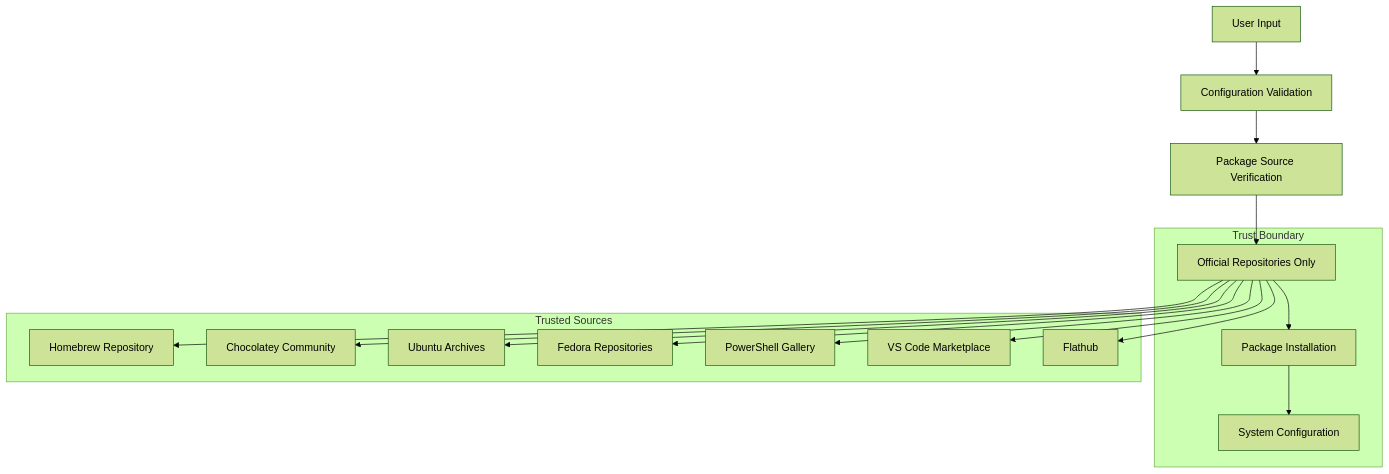
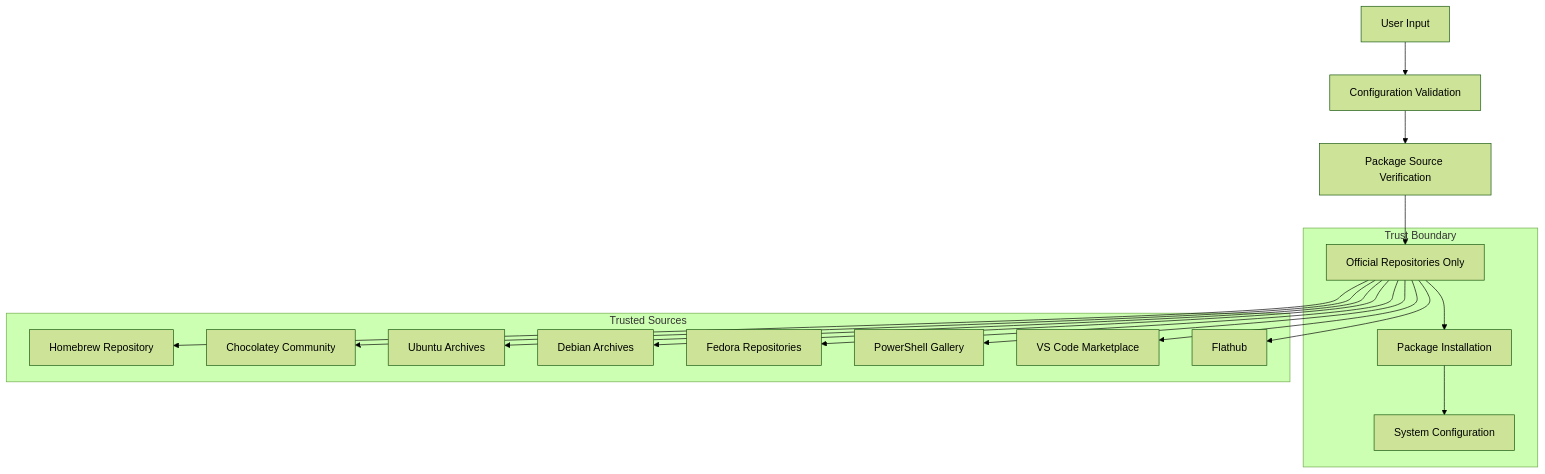
The ninth of 11 diagrams in docs/architecture.md (ryanspletzer/dev-machine-setup), drawn with Mermaid (forest theme) before and after one commit. The commit also changed other lines of this file and 21 other files, not shown here.

````diff
--- a/docs/architecture.md
+++ b/docs/architecture.md
@@ -310,32 +360,34 @@
 ```mermaid
 graph TB
     A[User Input] --> B[Configuration Validation]
     B --> C[Package Source Verification]
     C --> D[Official Repositories Only]
     D --> E[Package Installation]
     E --> F[System Configuration]
 
     subgraph "Trust Boundary"
         D
         E
         F
     end
 
     subgraph "Trusted Sources"
         G[Homebrew Repository]
         H[Chocolatey Community]
         I[Ubuntu Archives]
+        I3[Debian Archives]
         I2[Fedora Repositories]
         J[PowerShell Gallery]
         K[VS Code Marketplace]
         K2[Flathub]
     end
 
     D --> G
     D --> H
     D --> I
+    D --> I3
     D --> I2
     D --> J
     D --> K
     D --> K2
 ```
````
